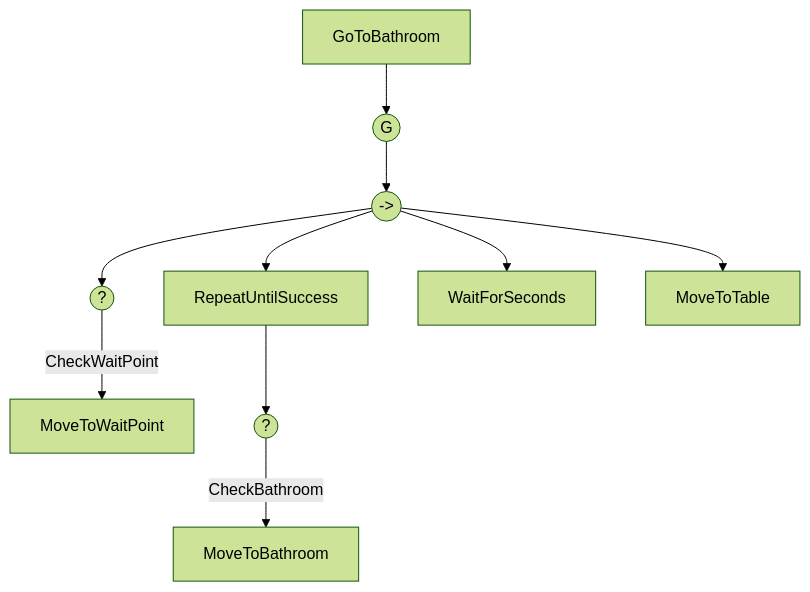
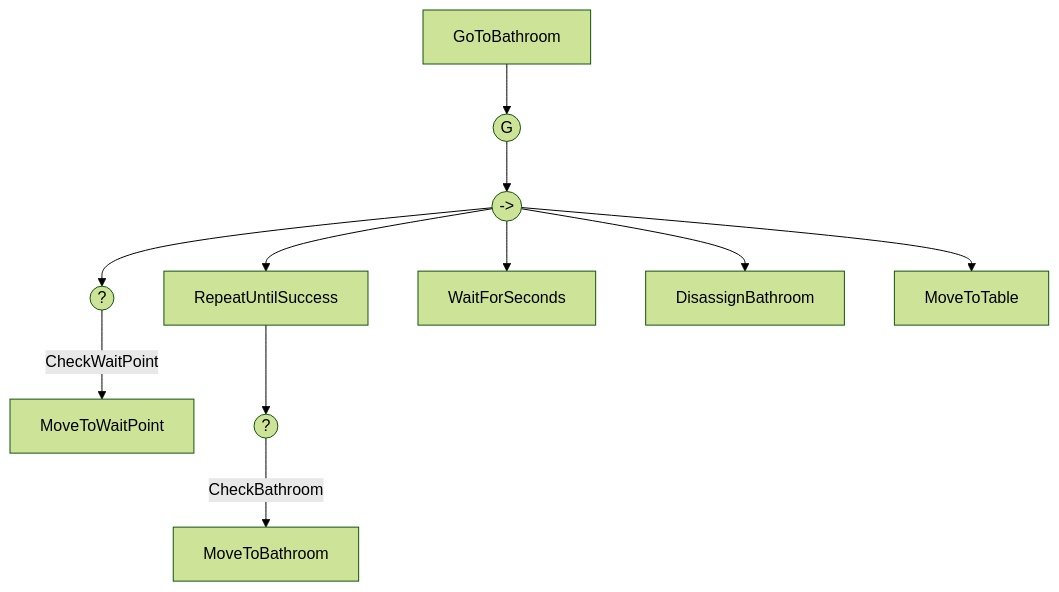
Before and after one commit to LauraWangQiu/IAV24-WangQiu: the fourth of 5 diagrams in README.md, drawn with Mermaid (forest theme). The commit also changed other lines of this file and 8 other files, not shown here.

````diff
--- a/README.md
+++ b/README.md
@@ -114,12 +117,13 @@
 ```mermaid
 flowchart TD
     Z[GoToBathroom] -->A
     A(("G")) --> B(("->"))
     B -->C(("?"))
     C -->|CheckWaitPoint| D[MoveToWaitPoint]
     B -->E["RepeatUntilSuccess"]
     E -->F(("?"))
     F -->|CheckBathroom| G[MoveToBathroom]
     B -->H[WaitForSeconds]
-    B -->I[MoveToTable]
+    B -->I[DisassignBathroom]
+    B -->J[MoveToTable]
 ```
````
